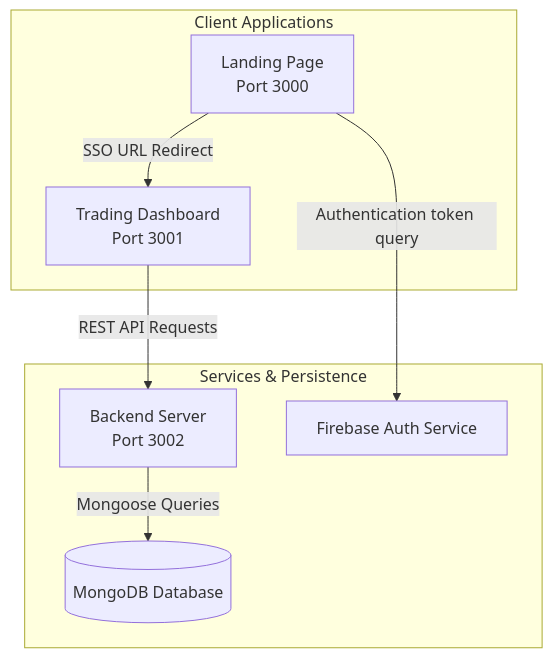
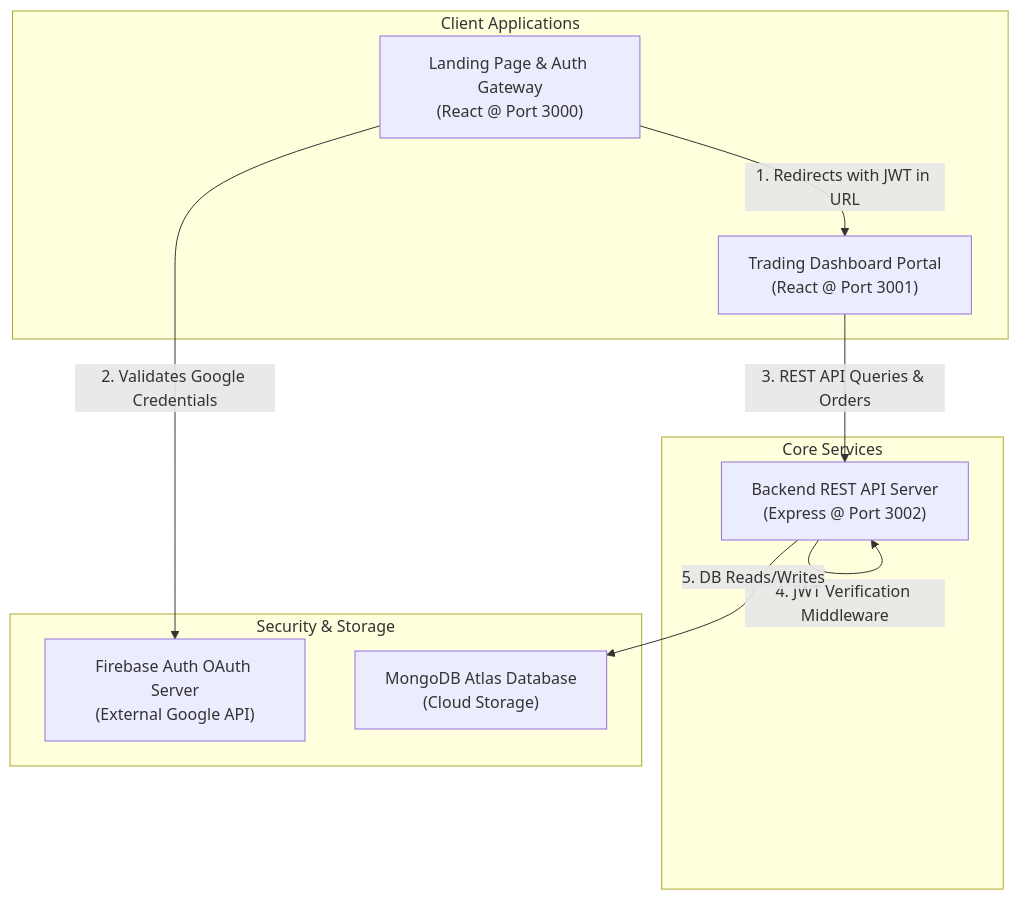
Before and after one commit to Shivangi1515/TradeFlow: the first of 3 diagrams in docs/ARCHITECTURE.md, drawn with Mermaid. The commit also changed other lines of this file, not shown here.

Commit message:
docs: expand ARCHITECTURE.md to full-fledged architecture guide

````diff
--- a/docs/ARCHITECTURE.md
+++ b/docs/ARCHITECTURE.md
@@ -11,11 +11,20 @@
 ```mermaid
 graph TD
     subgraph Client Applications
-        A[Landing Page<br>Port 3000] -->|SSO URL Redirect| B[Trading Dashboard<br>Port 3001]
+        A["Landing Page & Auth Gateway<br/>(React @ Port 3000)"]
+        B["Trading Dashboard Portal<br/>(React @ Port 3001)"]
     end
-    subgraph Services & Persistence
-        B -->|REST API Requests| C[Backend Server<br>Port 3002]
-        C -->|Mongoose Queries| D[(MongoDB Database)]
-        A -->|Authentication token query| E[Firebase Auth Service]
+    subgraph Core Services
+        C["Backend REST API Server<br/>(Express @ Port 3002)"]
     end
+    subgraph Security & Storage
+        D["Firebase Auth OAuth Server<br/>(External Google API)"]
+        E["MongoDB Atlas Database<br/>(Cloud Storage)"]
+    end
+
+    A -->|1. Redirects with JWT in URL| B
+    A -->|2. Validates Google Credentials| D
+    B -->|3. REST API Queries & Orders| C
+    C -->|4. JWT Verification Middleware| C
+    C -->|5. DB Reads/Writes| E
 ```
````
